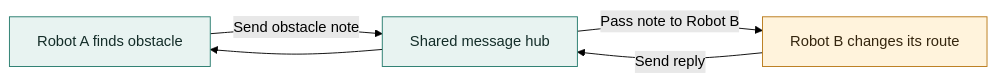
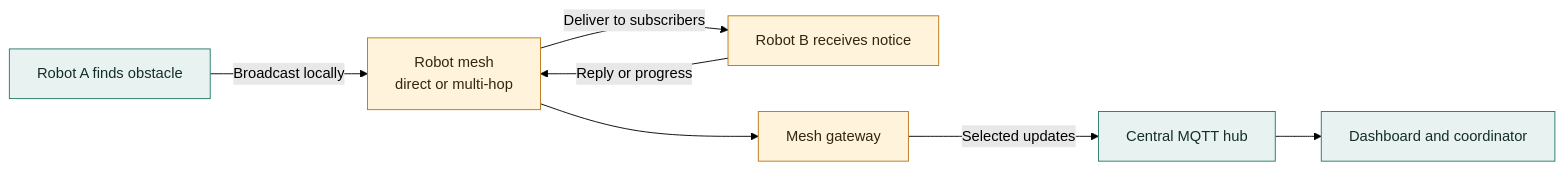
Before and after one commit to amish0/swarm_boat: the third of 8 diagrams in docs/project-proposal.md, drawn with Mermaid (forest theme). The commit also changed other lines of this file and 1 other file, not shown here.

````diff
--- a/docs/project-proposal.md
+++ b/docs/project-proposal.md
@@ -74,13 +171,15 @@
 ```mermaid
 flowchart LR
-  RobotA[Robot A finds obstacle] -->|Send obstacle note| Hub[Shared message hub]
-  Hub -->|Pass note to Robot B| RobotB[Robot B changes its route]
-  RobotB -->|Send reply| Hub
-  Hub --> RobotA
+  RobotA[Robot A finds obstacle] -->|Broadcast locally| Mesh[Robot mesh<br/>direct or multi-hop]
+  Mesh -->|Deliver to subscribers| RobotB[Robot B receives notice]
+  RobotB -->|Reply or progress| Mesh
+  Mesh --> Gateway[Mesh gateway]
+  Gateway -->|Selected updates| Hub[Central MQTT hub]
+  Hub --> Dashboard[Dashboard and coordinator]
 
   classDef existing fill:#e8f3f1,stroke:#23796b,color:#142d29
   classDef planned fill:#fff3dc,stroke:#b87816,color:#34250e
   class RobotA existing
-  class RobotB planned
-  class Hub existing
+  class RobotB,Mesh,Gateway planned
+  class Hub,Dashboard existing
 ```
````
